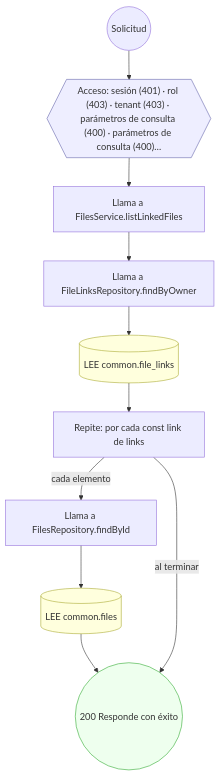
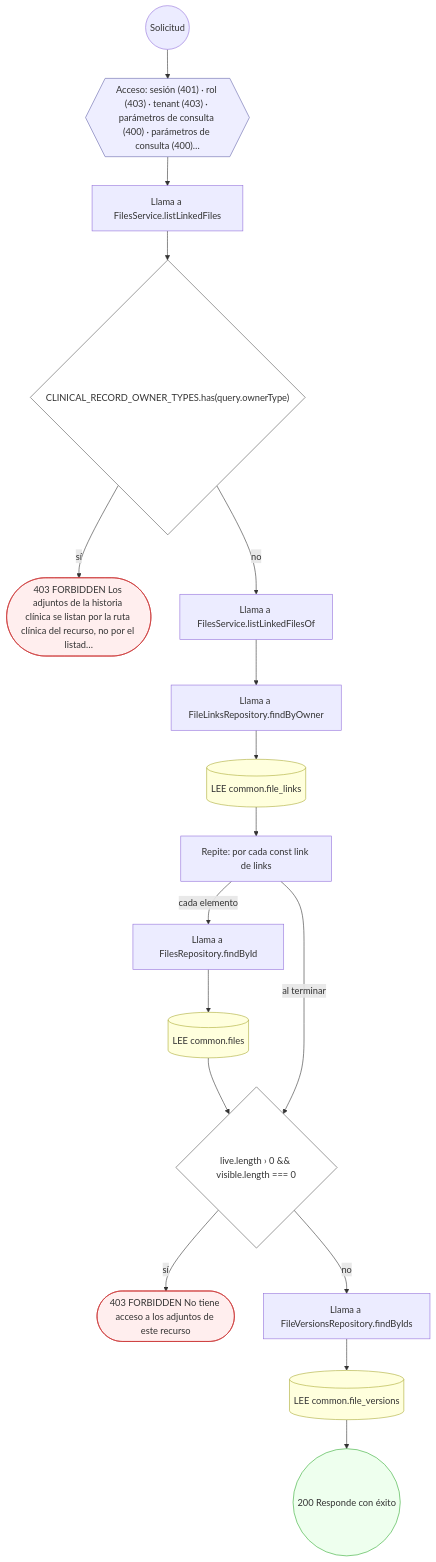
The tenth of 17 diagrams in docs/inventario/flujos/common.md (mdavila-2001/mantra-core-health-api), drawn with Mermaid before and after one commit. The commit also changed other lines of this file and 451 other files, not shown here.

First line of the commit message:
chore(data_catalog): contrato OpenAPI, inventario y pruebas al día con el diseño del #660

````diff
--- a/docs/inventario/flujos/common.md
+++ b/docs/inventario/flujos/common.md
@@ -562,27 +1238,41 @@
 ```mermaid
 flowchart TD
   n1(("Solicitud")):::inicio
   n2{{"Acceso: sesión (401) · rol (403) · tenant (403) · parámetros de consulta (400) · parámetros de consulta (400)…"}}:::acceso
   n1 --> n2
   n3["Llama a FilesService.listLinkedFiles"]:::llamada
   n2 --> n3
-  n4["Llama a FileLinksRepository.findByOwner"]:::llamada
+  n4{"CLINICAL_RECORD_OWNER_TYPES.has(query.ownerType)"}:::decision
   n3 --> n4
-  n5[("LEE common.file_links")]:::efecto
-  n4 --> n5
-  n6["Repite: por cada const link de links"]:::bucle
-  n5 --> n6
-  n7["Llama a FilesRepository.findById"]:::llamada
-  n6 -->|"cada elemento"| n7
-  n8[("LEE common.files")]:::efecto
+  n5(["403 FORBIDDEN Los adjuntos de la historia clínica se listan por la ruta clínica del recurso, no por el listad…"]):::error
+  n4 -->|"sí"| n5
+  n6["Llama a FilesService.listLinkedFilesOf"]:::llamada
+  n4 -->|"no"| n6
+  n7["Llama a FileLinksRepository.findByOwner"]:::llamada
+  n6 --> n7
+  n8[("LEE common.file_links")]:::efecto
   n7 --> n8
-  n9(("200 Responde con éxito")):::ok
+  n9["Repite: por cada const link de links"]:::bucle
   n8 --> n9
-  n6 -->|"al terminar"| n9
+  n10["Llama a FilesRepository.findById"]:::llamada
+  n9 -->|"cada elemento"| n10
+  n11[("LEE common.files")]:::efecto
+  n10 --> n11
+  n12{"live.length › 0 && visible.length === 0"}:::decision
+  n11 --> n12
+  n9 -->|"al terminar"| n12
+  n13(["403 FORBIDDEN No tiene acceso a los adjuntos de este recurso"]):::error
+  n12 -->|"sí"| n13
+  n14["Llama a FileVersionsRepository.findByIds"]:::llamada
+  n12 -->|"no"| n14
+  n15[("LEE common.file_versions")]:::efecto
+  n14 --> n15
+  n16(("200 Responde con éxito")):::ok
+  n15 --> n16
   classDef acceso fill:#eef,stroke:#66a
   classDef error fill:#fee,stroke:#c33
   classDef ok fill:#efe,stroke:#3a3
   classDef efecto fill:#ffd,stroke:#aa3
   classDef decision fill:#fff,stroke:#555
   classDef corte fill:#eee,stroke:#999,stroke-dasharray: 4
 ```
````
